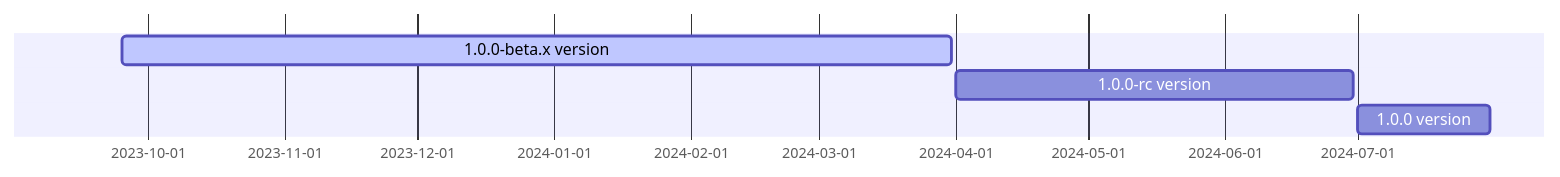
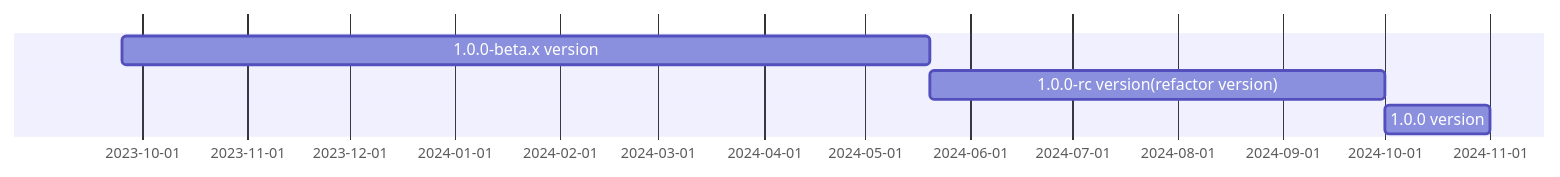
One commit to opentiny/tiny-engine changed the diagram in README.zh-CN.md. Above: the diagram before and after it, drawn with Mermaid. The commit also changed 1 other file, not shown here.

Commit message:
docs: update milestone (#728)
* docs: update milestone

* fix: tab

````diff
--- a/README.zh-CN.md
+++ b/README.zh-CN.md
@@ -86,10 +86,10 @@
 ```mermaid
-gantt
+gantt 
 dateFormat YYYY-MM-DD
 axisFormat %Y-%m-%d
 
-	1.0.0-beta.x version	:active,2023-09-25, 2024-03-31
-	1.0.0-rc	version    :       2024-04-01, 2024-06-30
-	1.0.0 version   :          2024-07-01, 2024-07-31
+1.0.0-beta.x version : 2023-09-25, 2024-05-20
+1.0.0-rc version(refactor version) : 2024-10-01
+1.0.0 version : 2024-11-01
 
 ```
````
